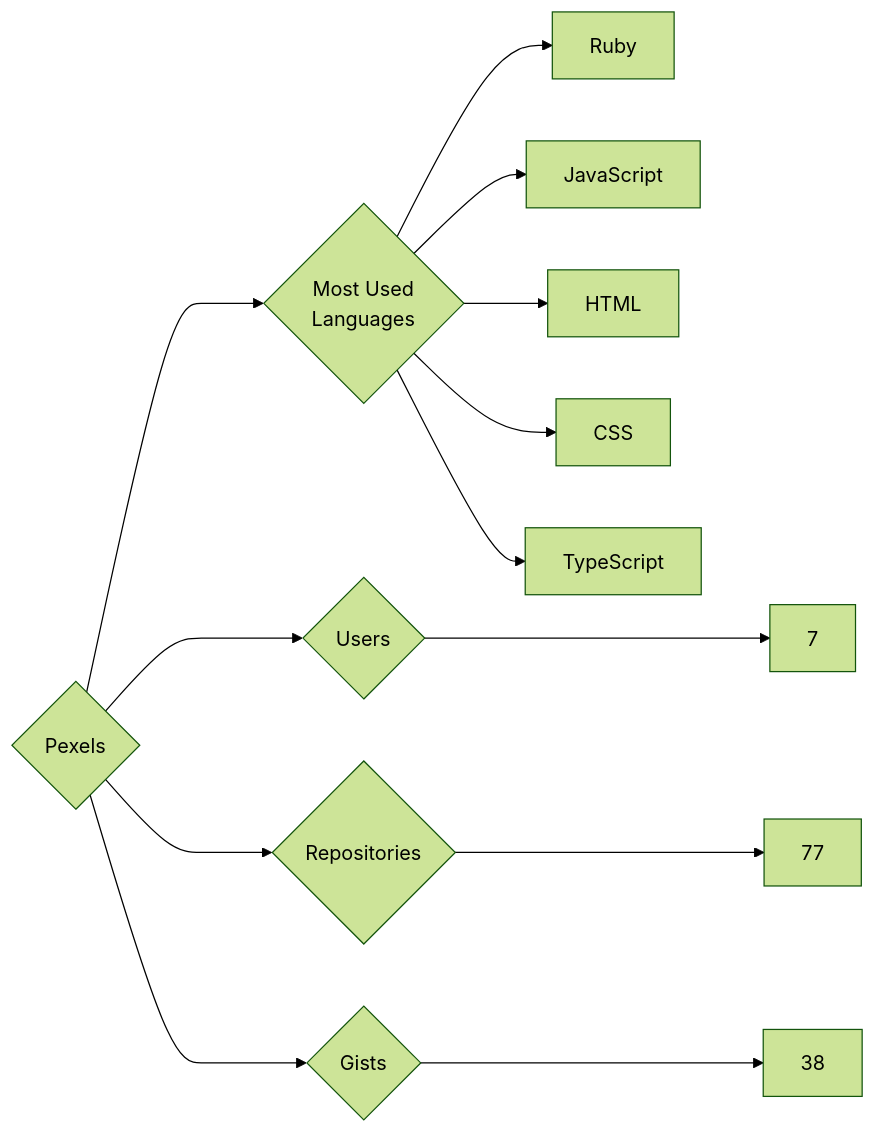
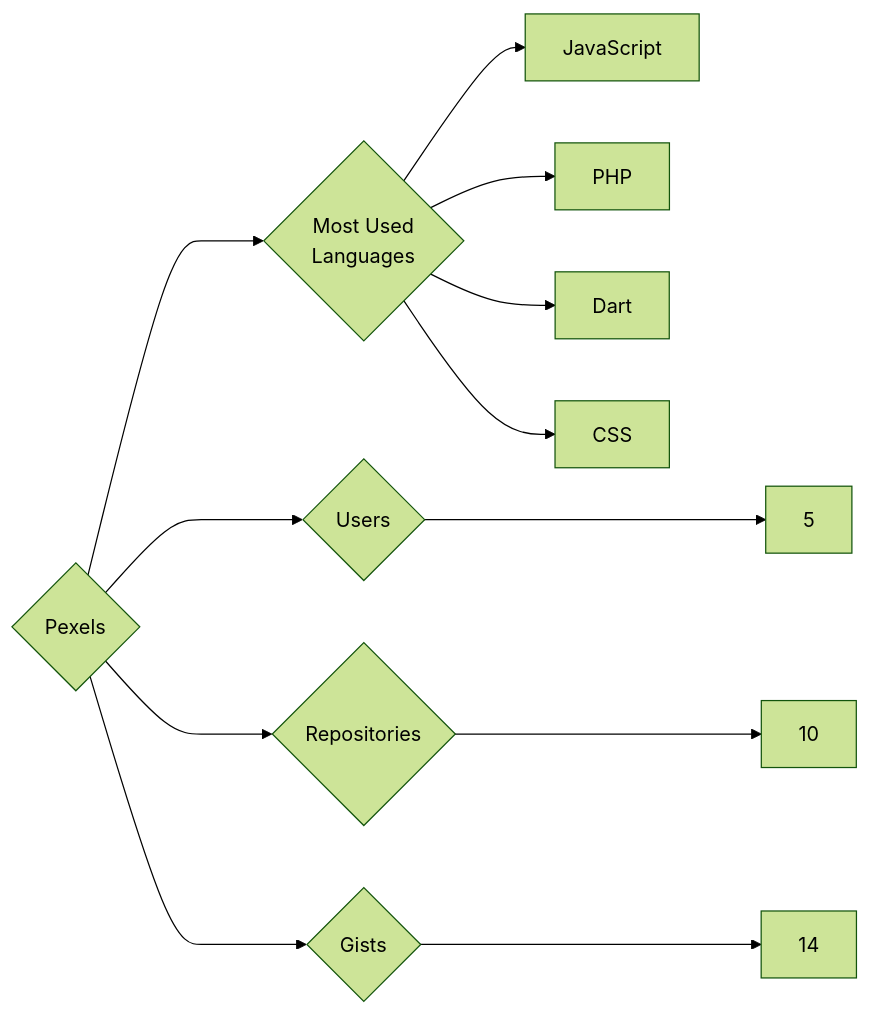
One commit to trickest/insiders changed the diagram in targets/Pexels/README.md. Above: the diagram before and after it, drawn with Mermaid (forest theme). The commit also changed 597 other files, not shown here.

````diff
--- a/targets/Pexels/README.md
+++ b/targets/Pexels/README.md
@@ -3,13 +3,12 @@
 ```mermaid
 graph LR
 COMPANY_NAME{Pexels}
-COMPANY_NAME ---> U{Users} ---> UN[7]
-COMPANY_NAME ---> R{Repositories} ---> RN[77]
-COMPANY_NAME ---> G{Gists} ---> GN[38]
+COMPANY_NAME ---> U{Users} ---> UN[5]
+COMPANY_NAME ---> R{Repositories} ---> RN[10]
+COMPANY_NAME ---> G{Gists} ---> GN[14]
 COMPANY_NAME ---> ML{Most Used<br>Languages}
-ML --> Ruby[Ruby]
 ML --> JavaScript[JavaScript]
-ML --> HTML[HTML]
+ML --> PHP[PHP]
+ML --> Dart[Dart]
 ML --> CSS[CSS]
-ML --> TypeScript[TypeScript]
 ```
````
